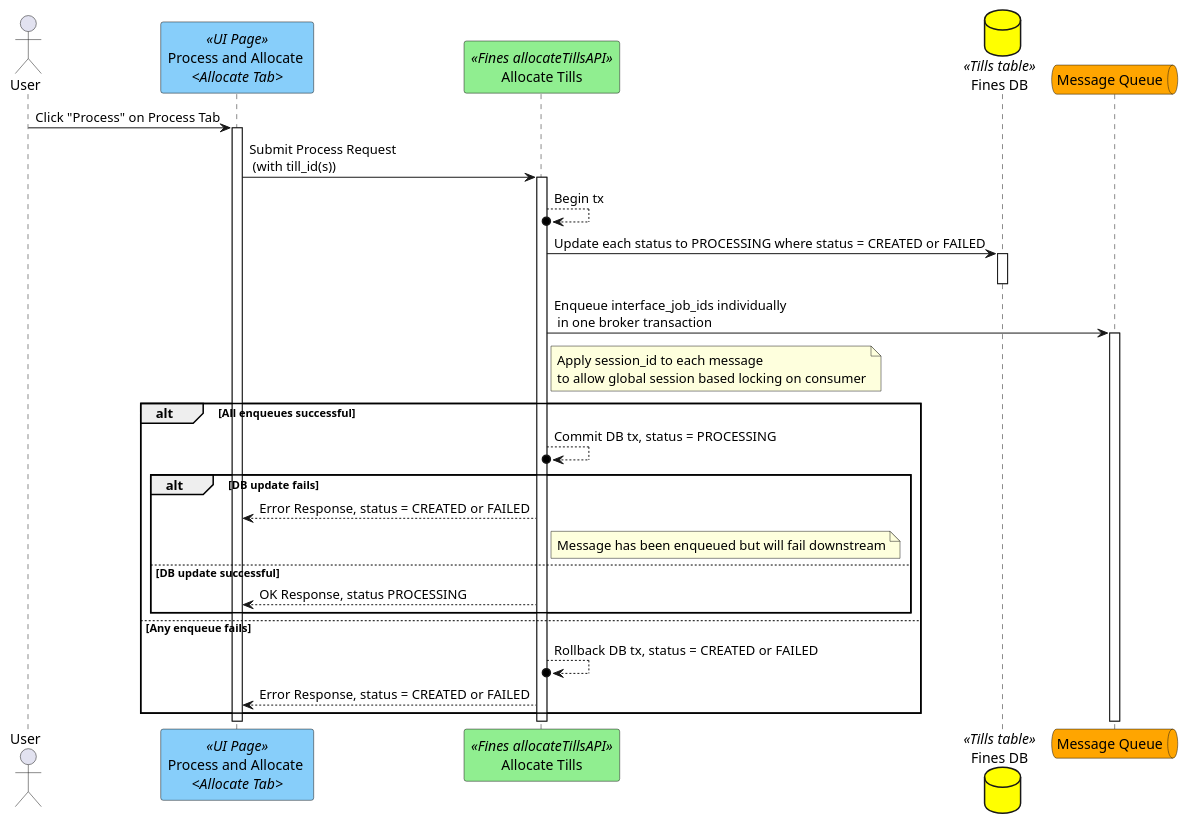
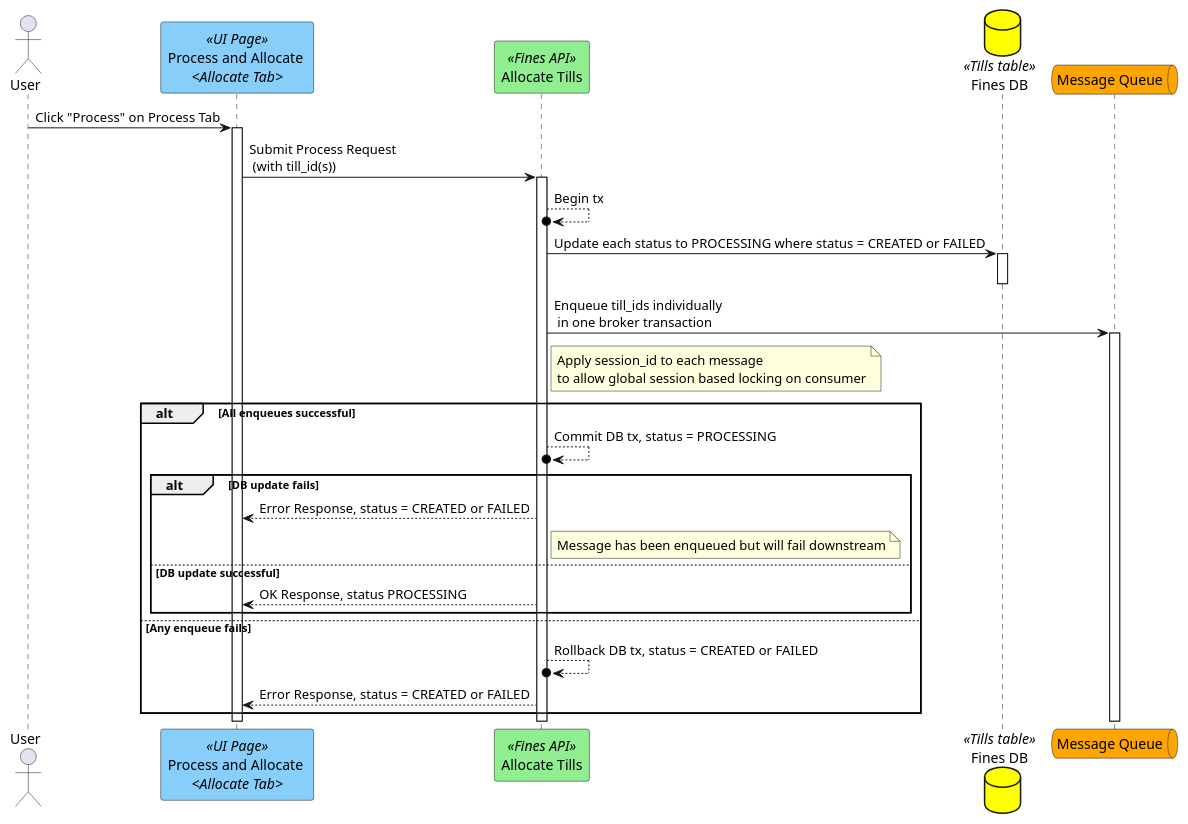
The diagram in plantUML/payments-in/allocate-tills/auto-payments-allocate-tills.puml (hmcts/opal-docs), drawn with PlantUML before and after one commit. The commit also changed 1 other file, not shown here.

Commit message:
tills amendments

```diff
--- a/plantUML/payments-in/allocate-tills/auto-payments-allocate-tills.puml
+++ b/plantUML/payments-in/allocate-tills/auto-payments-allocate-tills.puml
@@ -1,27 +1,27 @@
 @startuml
 actor "User" as user
 participant "Process and Allocate \n<i><Allocate Tab></i>" as process <<UI Page>> #lightskyblue
-participant "Allocate Tills" as allocateTills <<Fines allocateTillsAPI>> #lightgreen
+participant "Allocate Tills" as allocateTills <<Fines API>> #lightgreen
 database "Fines DB" as db <<Tills table>> #Yellow
 queue Queue as "Message Queue" #Orange
 
 user -> process ++: Click "Process" on Process Tab
 process -> allocateTills ++ : Submit Process Request \n (with till_id(s))
 allocateTills -->o allocateTills : Begin tx
 allocateTills -> db ++: Update each status to PROCESSING where status = CREATED or FAILED
 deactivate db
-allocateTills -> Queue ++: Enqueue interface_job_ids individually \n in one broker transaction
+allocateTills -> Queue ++: Enqueue till_ids individually \n in one broker transaction
 note right of allocateTills: Apply session_id to each message \nto allow global session based locking on consumer
 alt All enqueues successful
         allocateTills -->o allocateTills : Commit DB tx, status = PROCESSING
         alt DB update fails
             allocateTills --> process : Error Response, status = CREATED or FAILED
             note right allocateTills : Message has been enqueued but will fail downstream
         else DB update successful
             allocateTills --> process : OK Response, status PROCESSING
         end
     else Any enqueue fails
         allocateTills -->o allocateTills :  Rollback DB tx, status = CREATED or FAILED
         allocateTills --> process : Error Response, status = CREATED or FAILED
     end
 @enduml
```
